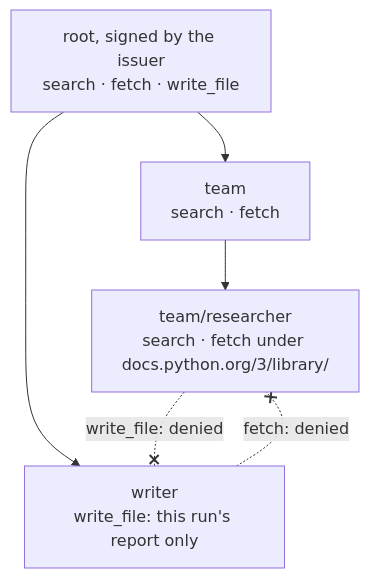
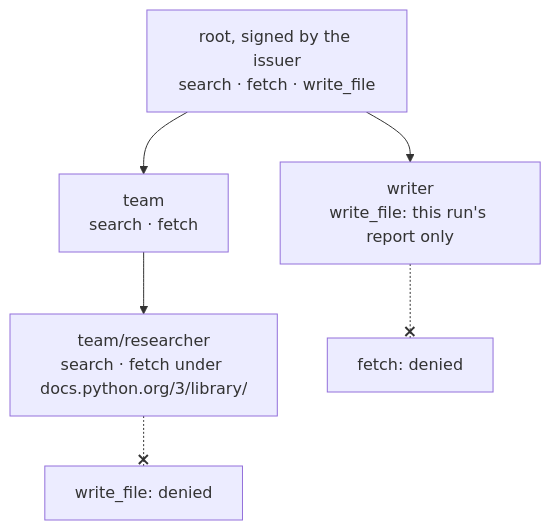
One commit to RajanChavada/warrantgen changed the second of 2 diagrams in README.md. Above: the diagram before and after it, drawn with Mermaid.

Commit message:
README: keep the delegation tree's shape; denials as leaf nodes

````diff
--- a/README.md
+++ b/README.md
@@ -53,9 +53,9 @@
 ```mermaid
 flowchart TD
     R["root, signed by the issuer<br/>search · fetch · write_file"]
     R --> T["team<br/>search · fetch"]
     T --> S["team/researcher<br/>search · fetch under docs.python.org/3/library/"]
     R --> W["writer<br/>write_file: this run's report only"]
-    S -. "write_file: denied" .-x W
-    W -. "fetch: denied" .-x S
+    S -.-x SD["write_file: denied"]
+    W -.-x WD["fetch: denied"]
 ```
````
